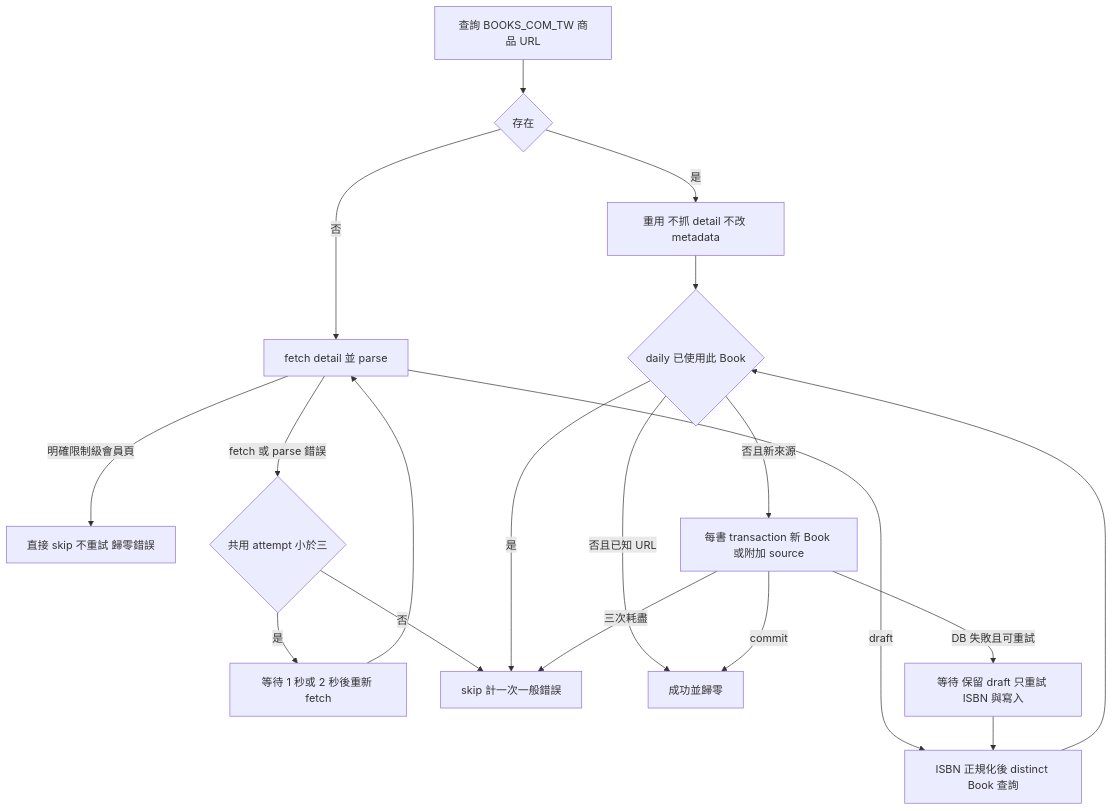
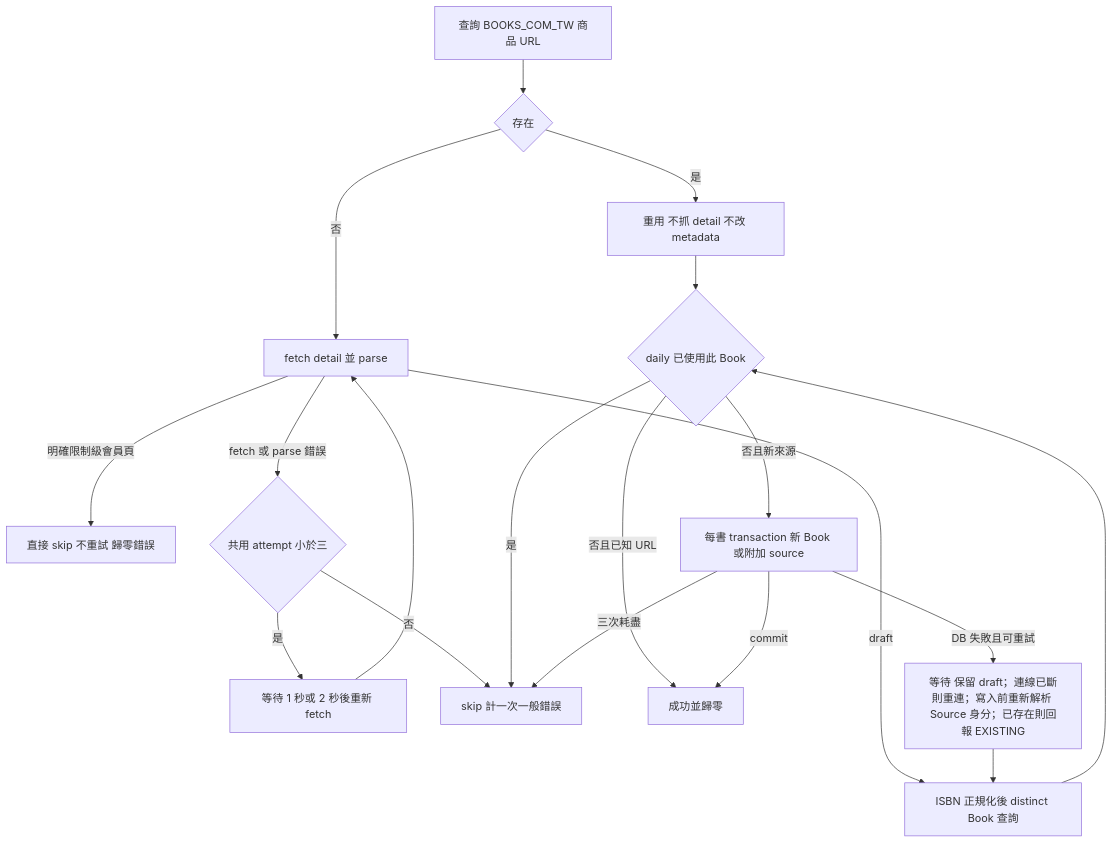
The second of 4 diagrams in crawler/docs/workflow-diagram.md (Arthur801/Book-Finder), drawn with Mermaid before and after one commit. The commit also changed 3 other files, not shown here.

````diff
--- a/crawler/docs/workflow-diagram.md
+++ b/crawler/docs/workflow-diagram.md
@@ -44,21 +44,21 @@
 ```mermaid
 flowchart TD
  A[查詢 BOOKS_COM_TW 商品 URL] --> B{存在}
  B -->|是| C[重用 不抓 detail 不改 metadata]
  B -->|否| D[fetch detail 並 parse]
  D -->|明確限制級會員頁| E[直接 skip 不重試 歸零錯誤]
  D -->|fetch 或 parse 錯誤| F{共用 attempt 小於三}
  F -->|是| G[等待 1 秒或 2 秒後重新 fetch]
  G --> D
  F -->|否| H[skip 計一次一般錯誤]
  D -->|draft| I[ISBN 正規化後 distinct Book 查詢]
  C --> J{daily 已使用此 Book}
  I --> J
  J -->|是| H
  J -->|否且已知 URL| K[成功並歸零]
  J -->|否且新來源| L[每書 transaction 新 Book 或附加 source]
  L -->|commit| K
- L -->|DB 失敗且可重試| M[等待 保留 draft 只重試 ISBN 與寫入]
+ L -->|DB 失敗且可重試| M[等待 保留 draft；連線已斷則重連；寫入前重新解析 Source 身分；已存在則回報 EXISTING]
  M --> I
  L -->|三次耗盡| H
 ```
````
